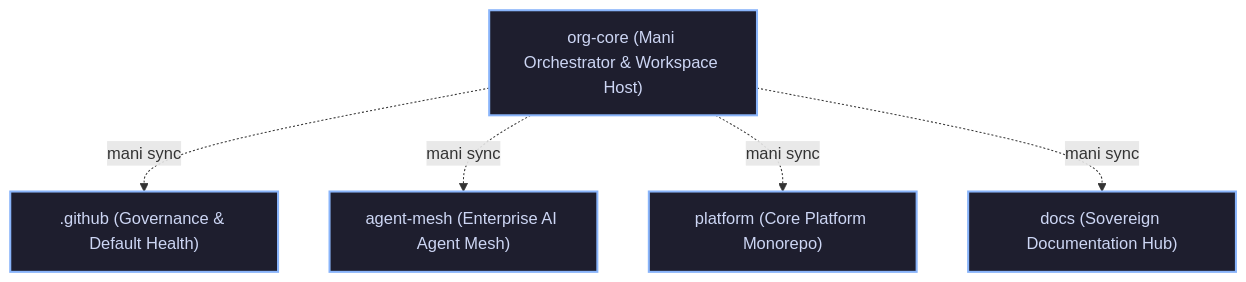
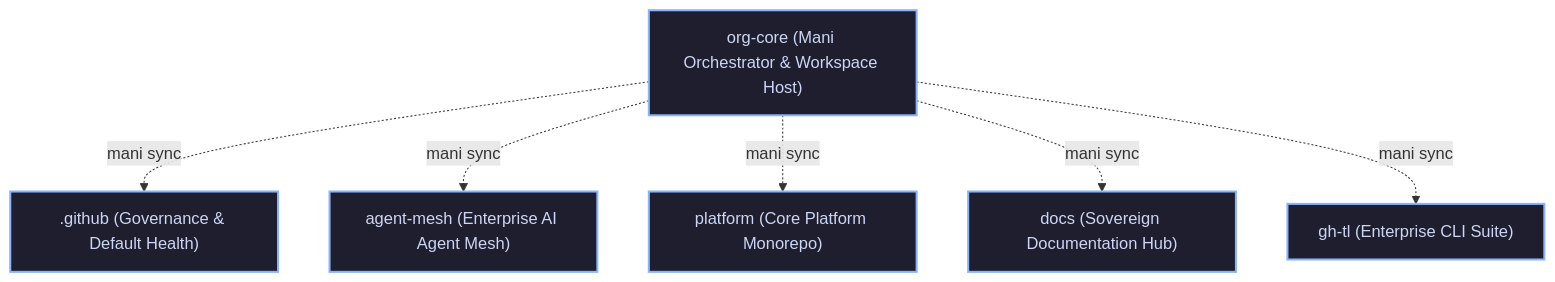
The diagram in README.md (tupynambalucas-dev/org-core), drawn with Mermaid before and after one commit. The commit also changed other lines of this file and 4 other files, not shown here.

Commit message:
feat(core): integrate gh-tl CLI extension suite into org-core workspace (#14)

````diff
--- a/README.md
+++ b/README.md
@@ -11,14 +11,15 @@
 ```mermaid
 graph TD
   direction TB
 
   Host["org-core (Mani Orchestrator & Workspace Host)"]
 
   Host -. "mani sync" .-> Repo1[".github (Governance & Default Health)"]
   Host -. "mani sync" .-> Repo2["agent-mesh (Enterprise AI Agent Mesh)"]
   Host -. "mani sync" .-> Repo3["platform (Core Platform Monorepo)"]
   Host -. "mani sync" .-> Repo4["docs (Sovereign Documentation Hub)"]
+  Host -. "mani sync" .-> Repo5["gh-tl (Enterprise CLI Suite)"]
 
   classDef repo fill:#1e1e2e,stroke:#89b4fa,stroke-width:2px,color:#cdd6f4;
-  class Host,Repo1,Repo2,Repo3,Repo4 repo;
+  class Host,Repo1,Repo2,Repo3,Repo4,Repo5 repo;
 ```
````
